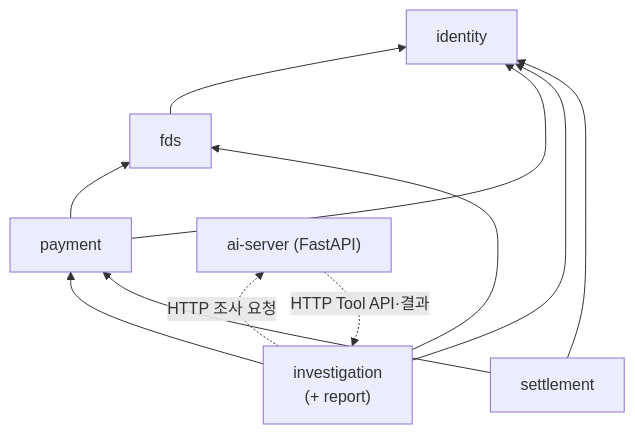
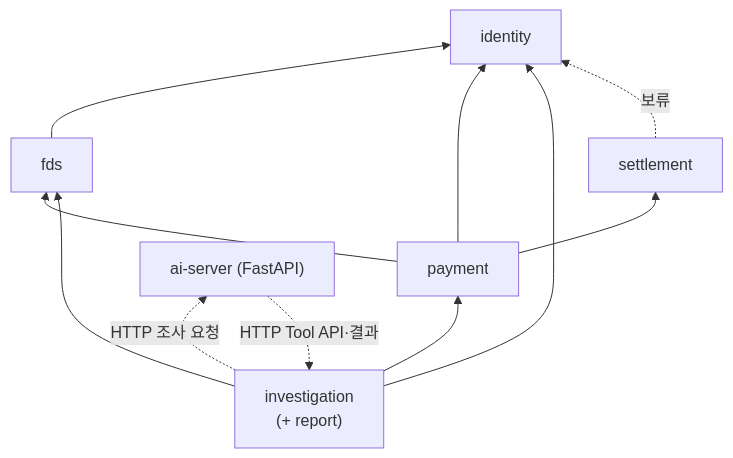
The third of 3 diagrams in README.md (HyunGyu-Cho/DonWorry), drawn with Mermaid before and after one commit. The commit also changed other lines of this file and 5 other files, not shown here.

````diff
--- a/README.md
+++ b/README.md
@@ -335,20 +335,20 @@
 ```mermaid
 flowchart BT
     identity["identity"]
     fds["fds"]
     payment["payment"]
     investigation["investigation<br/>(+ report)"]
     settlement["settlement"]
     ai["ai-server (FastAPI)"]
 
     fds --> identity
     payment --> fds
     payment --> identity
     investigation --> payment
     investigation --> fds
     investigation --> identity
-    settlement --> payment
-    settlement --> identity
+    payment --> settlement
+    settlement -. "보류" .-> identity
     investigation -. "HTTP 조사 요청" .-> ai
     ai -. "HTTP Tool API·결과" .-> investigation
 ```
````
